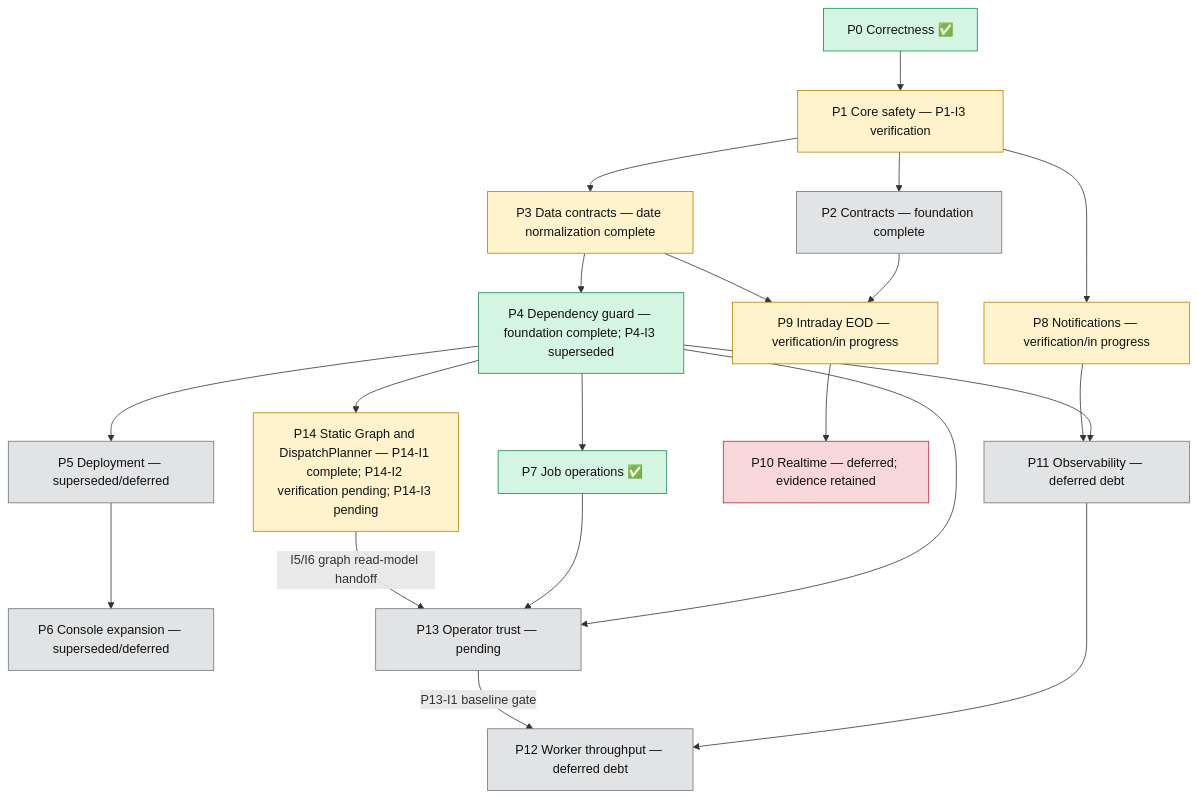
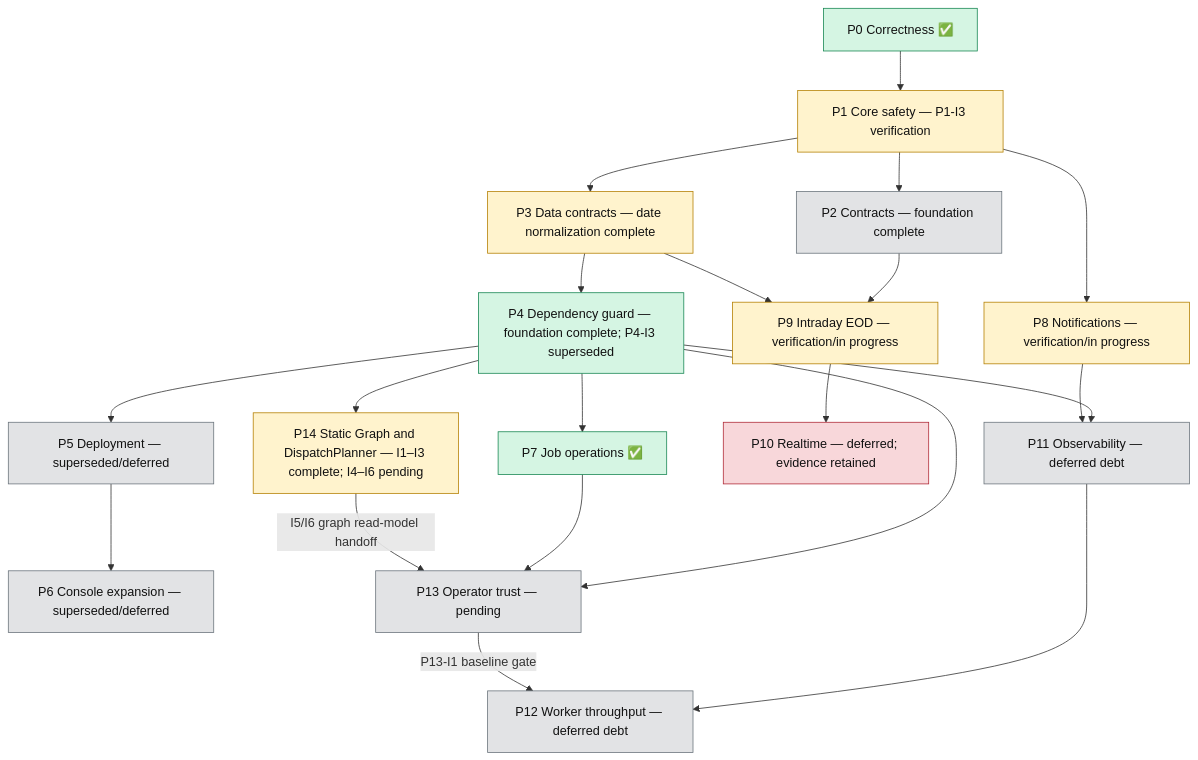
One commit to tanlocit9/omni changed the diagram in docs/plans/roadmap/roadmap.md. Above: the diagram before and after it, drawn with Mermaid. The commit also changed other lines of this file and 22 other files, not shown here.

````diff
--- a/docs/plans/roadmap/roadmap.md
+++ b/docs/plans/roadmap/roadmap.md
@@ -7,31 +7,31 @@
 ```mermaid
 flowchart TD
     P0["P0 Correctness ✅"] --> P1["P1 Core safety — P1-I3 verification"]
     P1 --> P2["P2 Contracts — foundation complete"]
     P1 --> P3["P3 Data contracts — date normalization complete"]
     P3 --> P4["P4 Dependency guard — foundation complete; P4-I3 superseded"]
-    P4 --> P14["P14 Static Graph and DispatchPlanner — P14-I1 complete; P14-I2 verification pending; P14-I3 pending"]
+    P4 --> P14["P14 Static Graph and DispatchPlanner — I1–I3 complete; I4–I6 pending"]
     P4 --> P5["P5 Deployment — superseded/deferred"]
     P5 --> P6["P6 Console expansion — superseded/deferred"]
     P4 --> P7["P7 Job operations ✅"]
     P1 --> P8["P8 Notifications — verification/in progress"]
     P2 --> P9["P9 Intraday EOD — verification/in progress"]
     P3 --> P9
     P9 --> P10["P10 Realtime — deferred; evidence retained"]
     P4 --> P11["P11 Observability — deferred debt"]
     P8 --> P11
     P4 --> P13["P13 Operator trust — pending"]
     P7 --> P13
     P14 -->|"I5/I6 graph read-model handoff"| P13
     P11 --> P12["P12 Worker throughput — deferred debt"]
     P13 -->|"P13-I1 baseline gate"| P12
 
     classDef done fill:#d5f5e3,stroke:#198754,color:#111;
     classDef active fill:#fff3cd,stroke:#b58105,color:#111;
     classDef pending fill:#e2e3e5,stroke:#6c757d,color:#111;
     classDef blocked fill:#f8d7da,stroke:#b02a37,color:#111;
     class P0,P4,P7 done;
     class P1,P3,P8,P9,P14 active;
     class P2,P5,P6,P11,P12,P13 pending;
     class P10 blocked;
 ```
````
